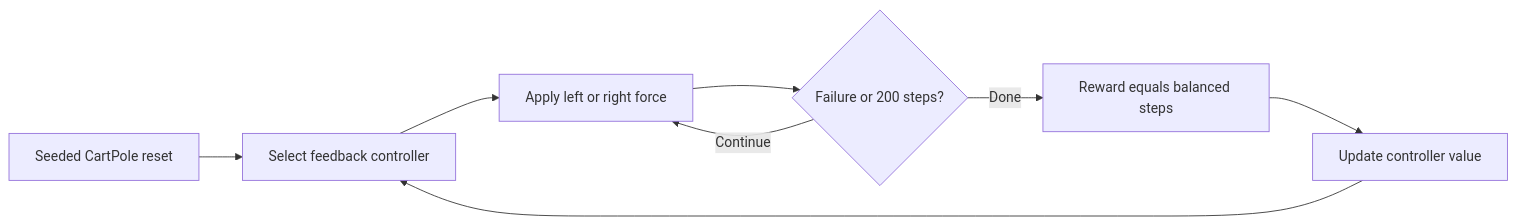
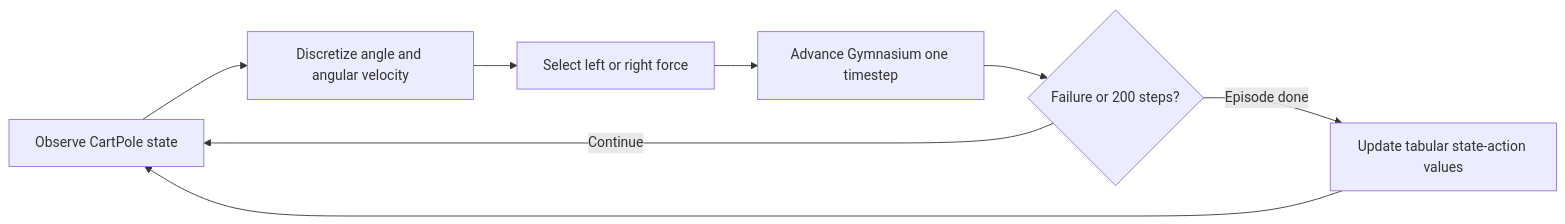
Before and after one commit to cmudrc/design-research-agents: the diagram in docs/examples/patterns/reinforcement_learning_cartpole.rst, drawn with Mermaid. The commit also changed other lines of this file and 8 other files, not shown here.

Commit message:
Teach CartPole left-right force policy

```diff
--- a/docs/examples/patterns/reinforcement_learning_cartpole.rst
+++ b/docs/examples/patterns/reinforcement_learning_cartpole.rst
@@ -29,10 +29,10 @@
 .. mermaid::
 
    flowchart LR
-       A["Seeded CartPole reset"] --> B["Select feedback controller"]
-       B --> C["Apply left or right force"]
-       C --> D{"Failure or 200 steps?"}
-       D -->|Continue| C
-       D -->|Done| E["Reward equals balanced steps"]
-       E --> F["Update controller value"]
-       F --> B
+       A["Observe CartPole state"] --> B["Discretize angle and angular velocity"]
+       B --> C["Select left or right force"]
+       C --> D["Advance Gymnasium one timestep"]
+       D --> E{"Failure or 200 steps?"}
+       E -->|Continue| A
+       E -->|Episode done| F["Update tabular state-action values"]
+       F --> A
```
